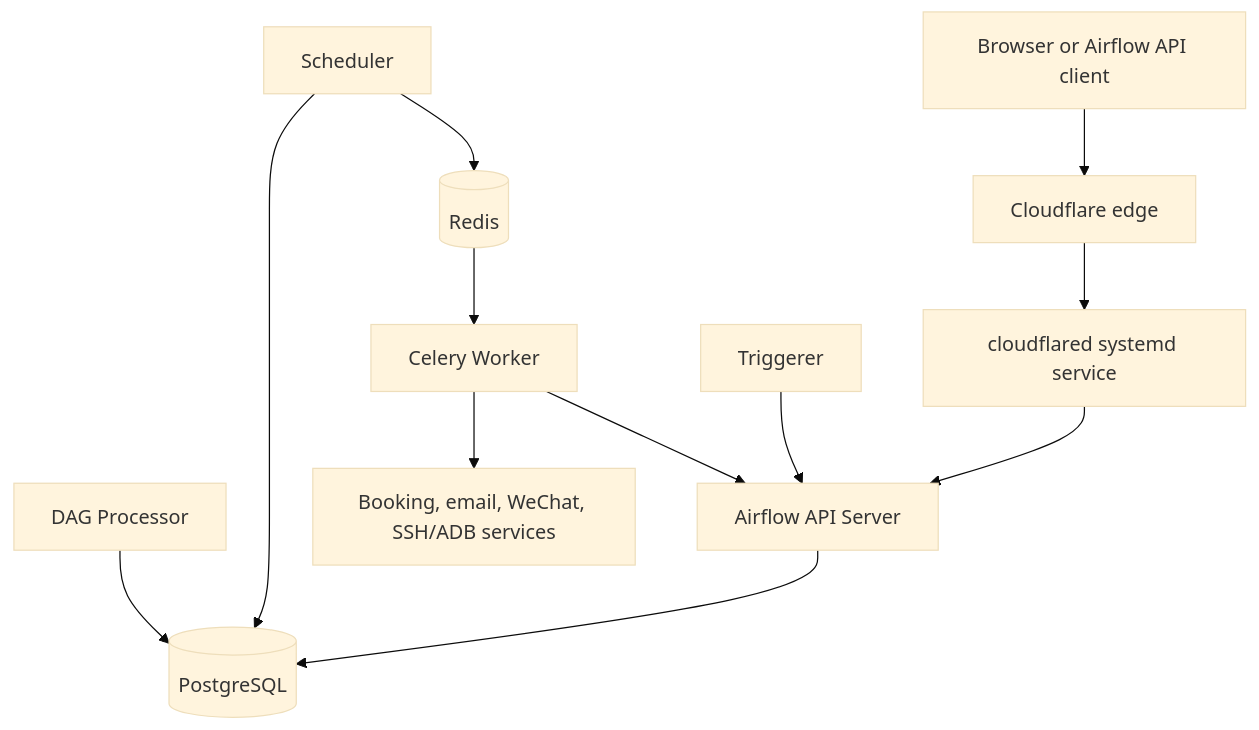
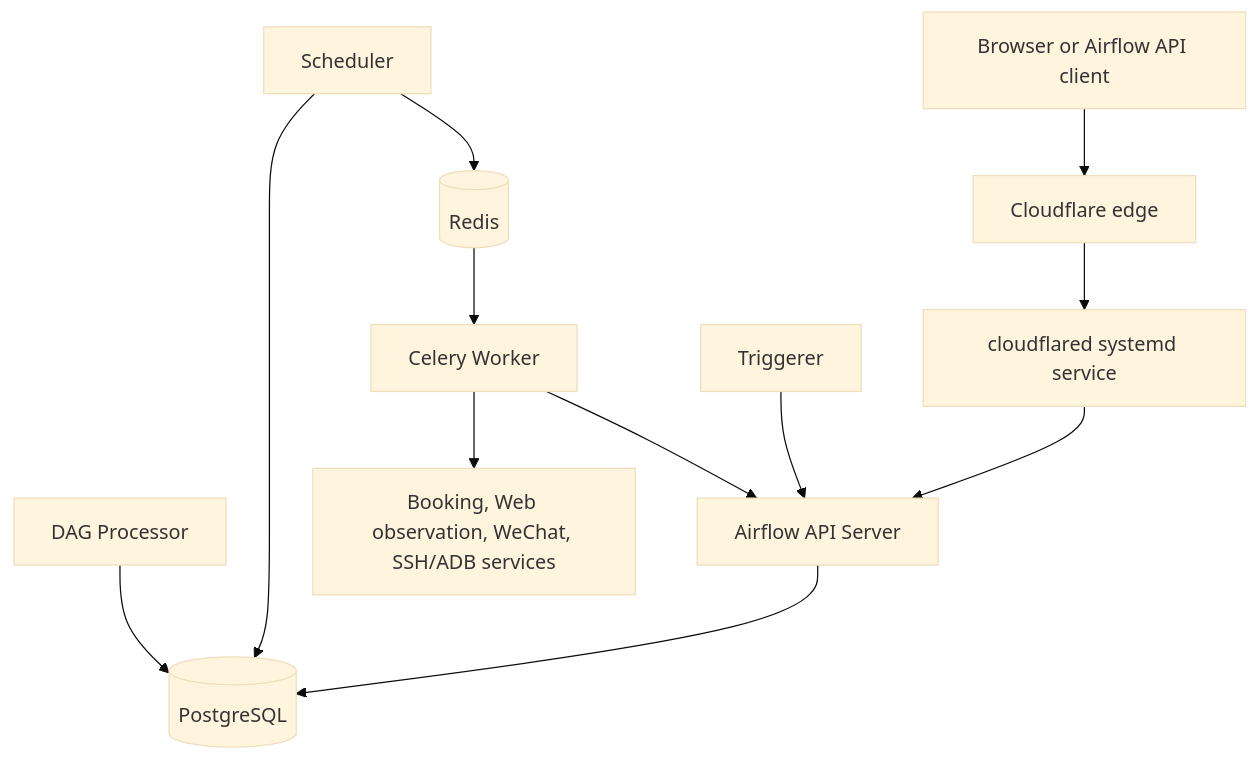
Before and after one commit to claude89757/wechat-on-airflow: the second of 2 diagrams in ARCHITECTURE.md, drawn with Mermaid (base theme). The commit also changed other lines of this file and 27 other files, not shown here.

Commit message:
refactor: route subscriber email through web app

````diff
--- a/ARCHITECTURE.md
+++ b/ARCHITECTURE.md
@@ -46,14 +45,14 @@
 ```mermaid
 flowchart TB
     User["Browser or Airflow API client"] --> Edge["Cloudflare edge"]
     Edge --> Tunnel["cloudflared systemd service"]
     Tunnel --> API
     API["Airflow API Server"] --> DB[("PostgreSQL")]
     Scheduler["Scheduler"] --> DB
     DagProcessor["DAG Processor"] --> DB
     Triggerer["Triggerer"] --> API
     Scheduler --> Redis[("Redis")]
     Redis --> Worker["Celery Worker"]
     Worker --> API
-    Worker --> External["Booking, email, WeChat, SSH/ADB services"]
+    Worker --> External["Booking, Web observation, WeChat, SSH/ADB services"]
 ```
````
